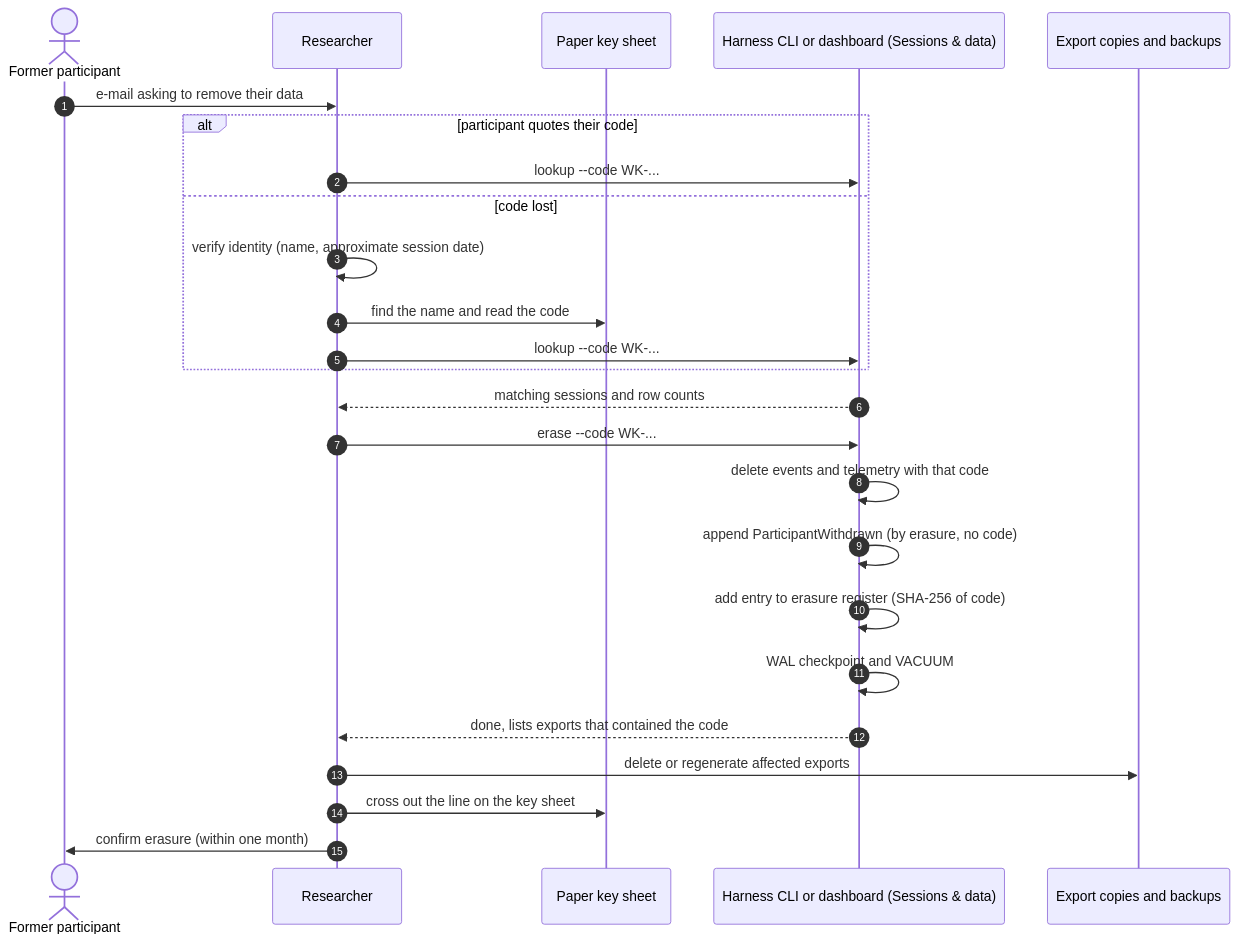
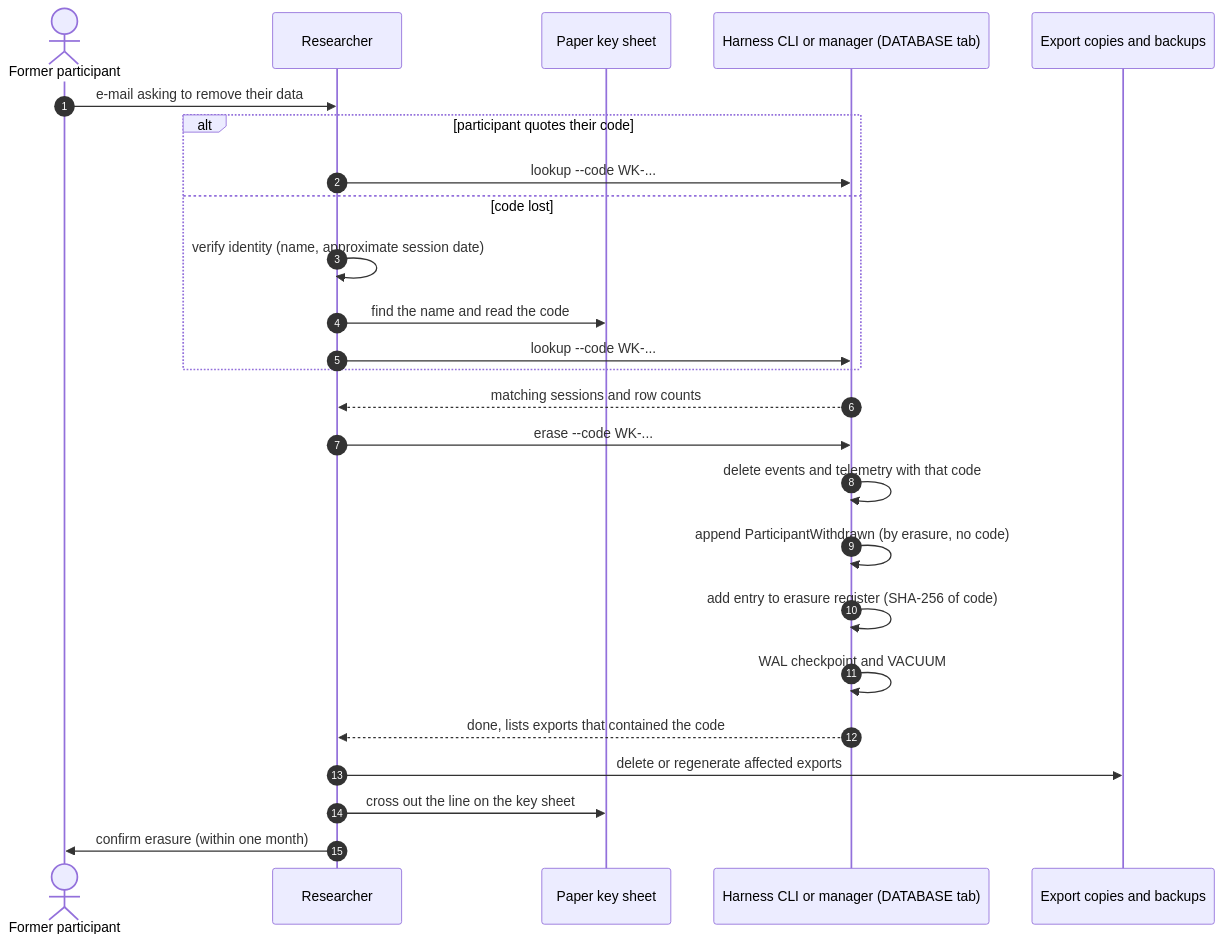
The fourth of 4 diagrams in docs/DATA-MANAGEMENT.md (xy-zak/WhoKnowsWhoActs), drawn with Mermaid before and after one commit. The commit also changed other lines of this file and 9 other files, not shown here.

````diff
--- a/docs/DATA-MANAGEMENT.md
+++ b/docs/DATA-MANAGEMENT.md
@@ -201,27 +201,27 @@
 ```mermaid
 sequenceDiagram
   autonumber
   actor P as Former participant
   participant R as Researcher
   participant K as Paper key sheet
-  participant H as Harness CLI or dashboard (Sessions & data)
+  participant H as Harness CLI or manager (DATABASE tab)
   participant X as Export copies and backups
   P->>R: e-mail asking to remove their data
   alt participant quotes their code
     R->>H: lookup --code WK-...
   else code lost
     R->>R: verify identity (name, approximate session date)
     R->>K: find the name and read the code
     R->>H: lookup --code WK-...
   end
   H-->>R: matching sessions and row counts
   R->>H: erase --code WK-...
   H->>H: delete events and telemetry with that code
   H->>H: append ParticipantWithdrawn (by erasure, no code)
   H->>H: add entry to erasure register (SHA-256 of code)
   H->>H: WAL checkpoint and VACUUM
   H-->>R: done, lists exports that contained the code
   R->>X: delete or regenerate affected exports
   R->>K: cross out the line on the key sheet
   R->>P: confirm erasure (within one month)
 ```
````
